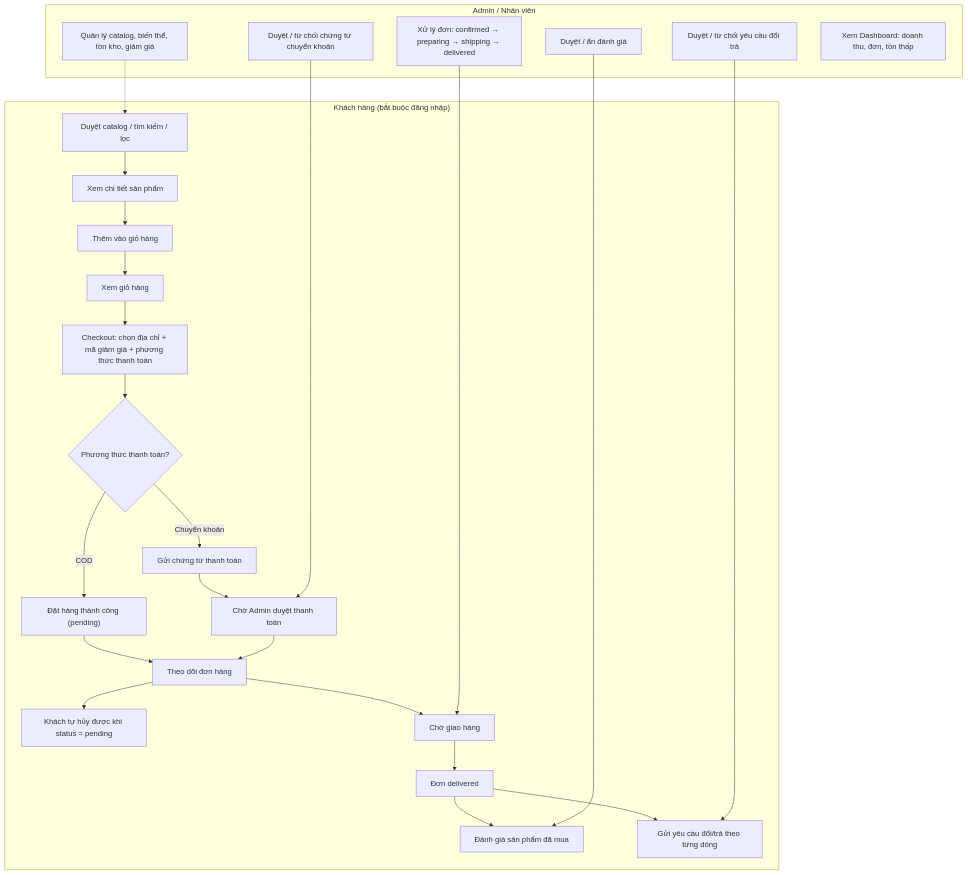
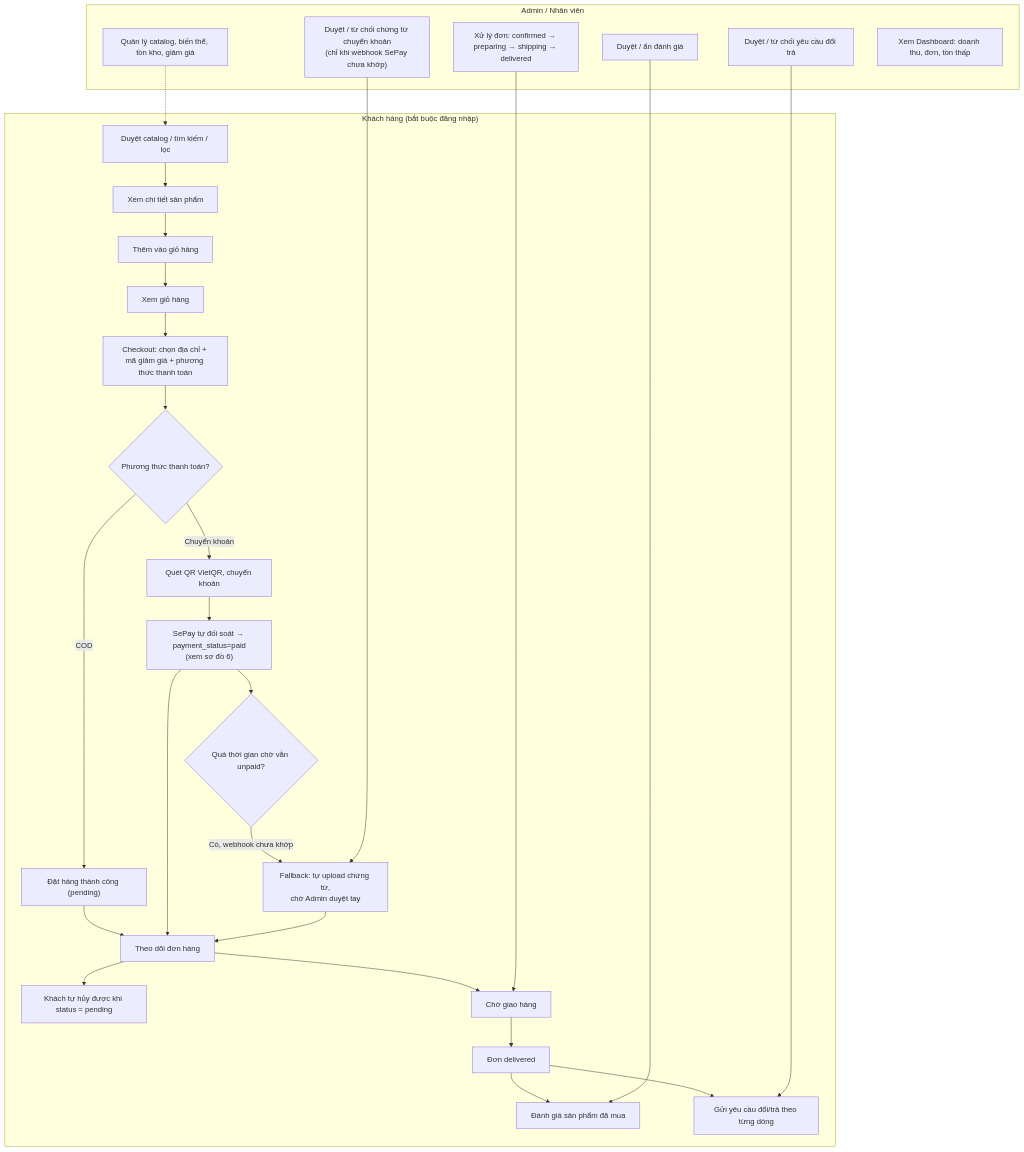
Before and after one commit to Thinha1/fashion-store: the first of 6 diagrams in BUSINESS_FLOWS.md, drawn with Mermaid. The commit also changed other lines of this file and 11 other files, not shown here.

````diff
--- a/BUSINESS_FLOWS.md
+++ b/BUSINESS_FLOWS.md
@@ -11,35 +11,38 @@
 ```mermaid
 flowchart TD
     subgraph KH["Khách hàng (bắt buộc đăng nhập)"]
         A1["Duyệt catalog / tìm kiếm / lọc"] --> A2["Xem chi tiết sản phẩm"]
         A2 --> A3["Thêm vào giỏ hàng"]
         A3 --> A4["Xem giỏ hàng"]
         A4 --> A5["Checkout: chọn địa chỉ + mã giảm giá + phương thức thanh toán"]
         A5 --> A6{"Phương thức thanh toán?"}
         A6 -->|COD| A7["Đặt hàng thành công (pending)"]
-        A6 -->|Chuyển khoản| A8["Gửi chứng từ thanh toán"]
-        A8 --> A9["Chờ Admin duyệt thanh toán"]
+        A6 -->|Chuyển khoản| A8["Quét QR VietQR, chuyển khoản"]
+        A8 --> A9["SePay tự đối soát → payment_status=paid\n(xem sơ đồ 6)"]
+        A9 --> A9b{"Quá thời gian chờ vẫn unpaid?"}
+        A9b -->|Có, webhook chưa khớp| A9c["Fallback: tự upload chứng từ,\nchờ Admin duyệt tay"]
         A7 --> A10["Theo dõi đơn hàng"]
         A9 --> A10
+        A9c --> A10
         A10 --> A12["Khách tự hủy được khi status = pending"]
         A10 --> A13["Chờ giao hàng"]
         A13 --> A14["Đơn delivered"]
         A14 --> A15["Đánh giá sản phẩm đã mua"]
         A14 --> A16["Gửi yêu cầu đổi/trả theo từng dòng"]
     end
 
     subgraph AD["Admin / Nhân viên"]
         B1["Quản lý catalog, biến thể, tồn kho, giảm giá"]
-        B2["Duyệt / từ chối chứng từ chuyển khoản"]
+        B2["Duyệt / từ chối chứng từ chuyển khoản\n(chỉ khi webhook SePay chưa khớp)"]
         B3["Xử lý đơn: confirmed → preparing → shipping → delivered"]
         B4["Duyệt / từ chối yêu cầu đổi trả"]
         B5["Duyệt / ẩn đánh giá"]
         B6["Xem Dashboard: doanh thu, đơn, tồn thấp"]
     end
 
     B1 -.-> A1
-    B2 --> A9
+    B2 --> A9c
     B3 --> A13
     B4 --> A16
     B5 --> A15
 ```
````
